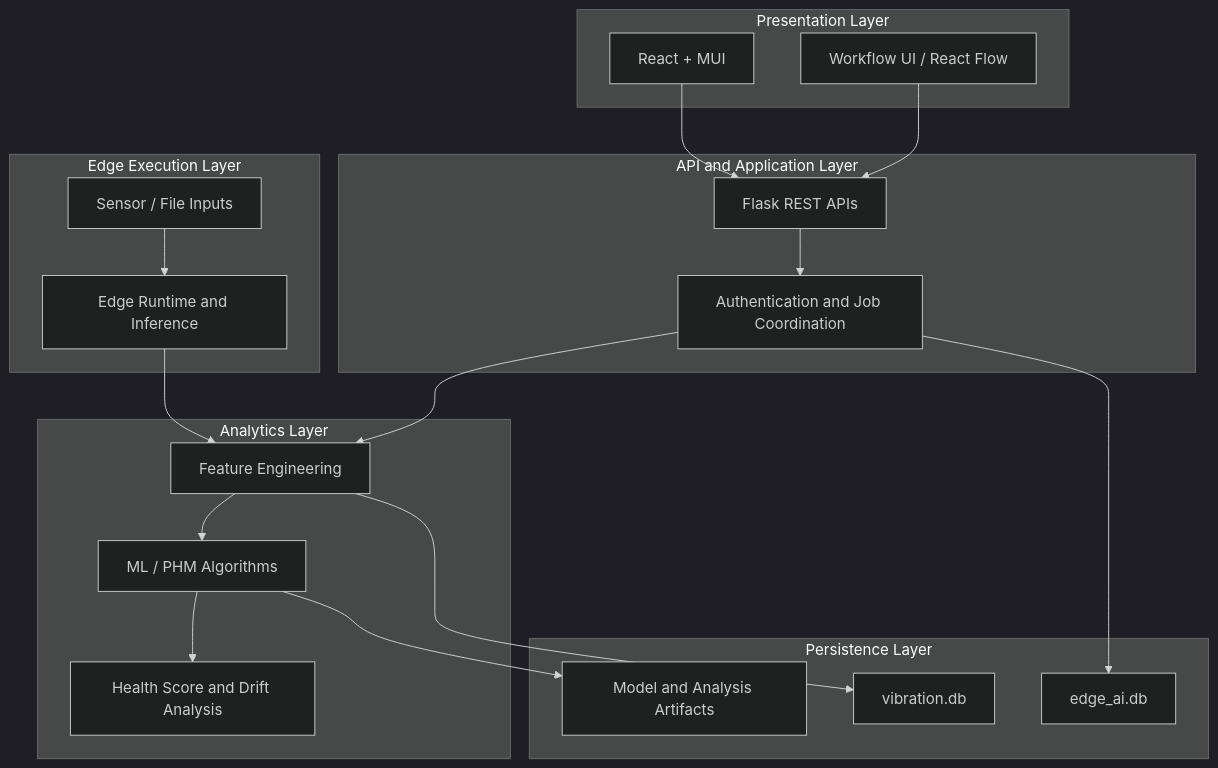
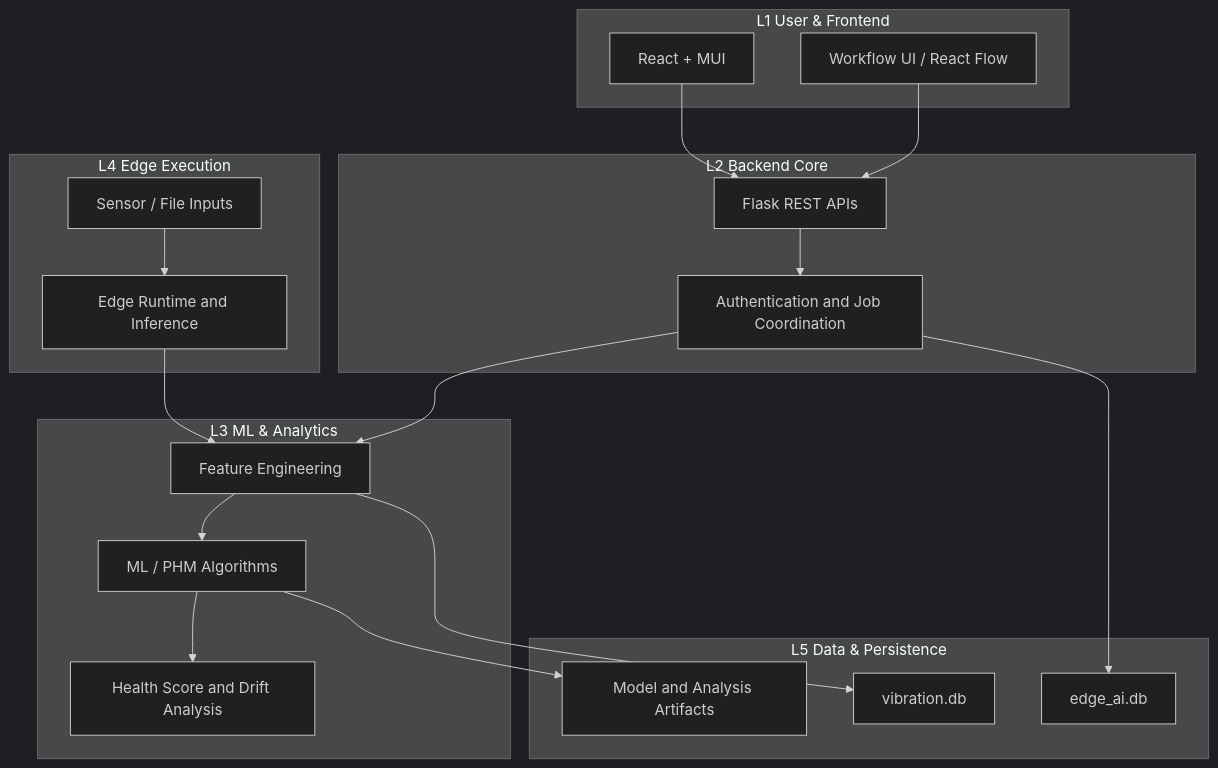
The second of 14 diagrams in content/en/projects/edge-ai-platform-ppt169/index.md (jiejiefu/blog), drawn with Mermaid (dark theme) before and after one commit. The commit also changed other lines of this file and 12 other files, not shown here.

````diff
--- a/content/en/projects/edge-ai-platform-ppt169/index.md
+++ b/content/en/projects/edge-ai-platform-ppt169/index.md
@@ -98,36 +91,36 @@
 ```mermaid
 flowchart TB
-    subgraph UI["Presentation Layer"]
+    subgraph UI["L1 User & Frontend"]
         A["React + MUI"]
         B["Workflow UI / React Flow"]
     end
-    subgraph API["API and Application Layer"]
+    subgraph API["L2 Backend Core"]
         C["Flask REST APIs"]
         D["Authentication and Job Coordination"]
     end
-    subgraph ML["Analytics Layer"]
+    subgraph ML["L3 ML & Analytics"]
         E["Feature Engineering"]
         F["ML / PHM Algorithms"]
         G["Health Score and Drift Analysis"]
     end
-    subgraph EDGE["Edge Execution Layer"]
+    subgraph EDGE["L4 Edge Execution"]
         H["Sensor / File Inputs"]
         I["Edge Runtime and Inference"]
     end
-    subgraph DATA["Persistence Layer"]
+    subgraph DATA["L5 Data & Persistence"]
         J["edge_ai.db"]
         K["vibration.db"]
         L["Model and Analysis Artifacts"]
     end
     A --> C
     B --> C
     C --> D
     D --> E
     E --> F
     F --> G
     H --> I
     I --> E
     D --> J
     E --> K
     F --> L
 ```
````
